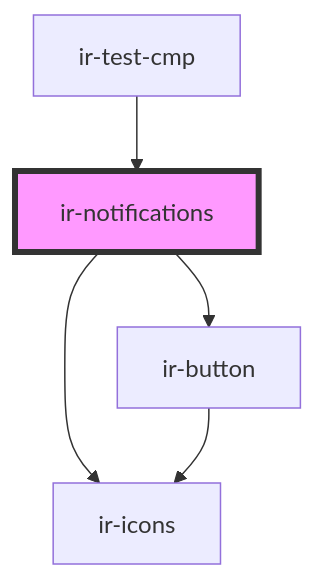
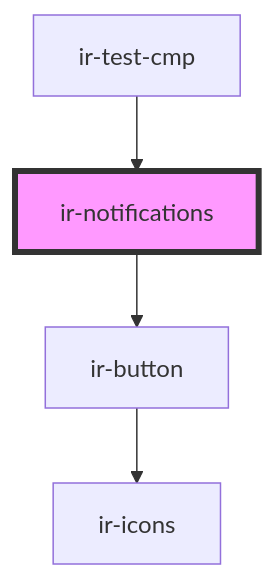
The diagram in src/components/ir-notifications/readme.md (David1Chowaifaty/modified-ir-webcmp), drawn with Mermaid before and after one commit. The commit also changed other lines of this file and 50 other files, not shown here.

````diff
--- a/src/components/ir-notifications/readme.md
+++ b/src/components/ir-notifications/readme.md
@@ -27,8 +33,7 @@
 ```mermaid
 graph TD;
   ir-notifications --> ir-button
-  ir-notifications --> ir-icons
   ir-button --> ir-icons
   ir-test-cmp --> ir-notifications
   style ir-notifications fill:#f9f,stroke:#333,stroke-width:4px
 ```
````
